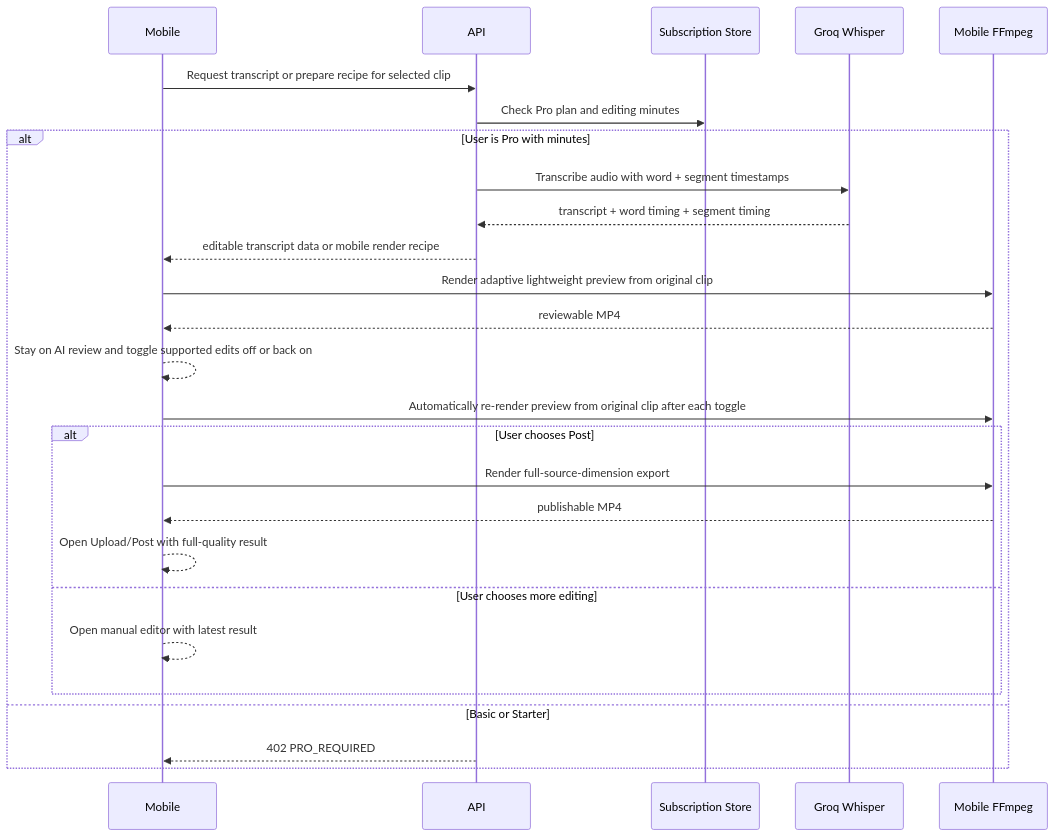
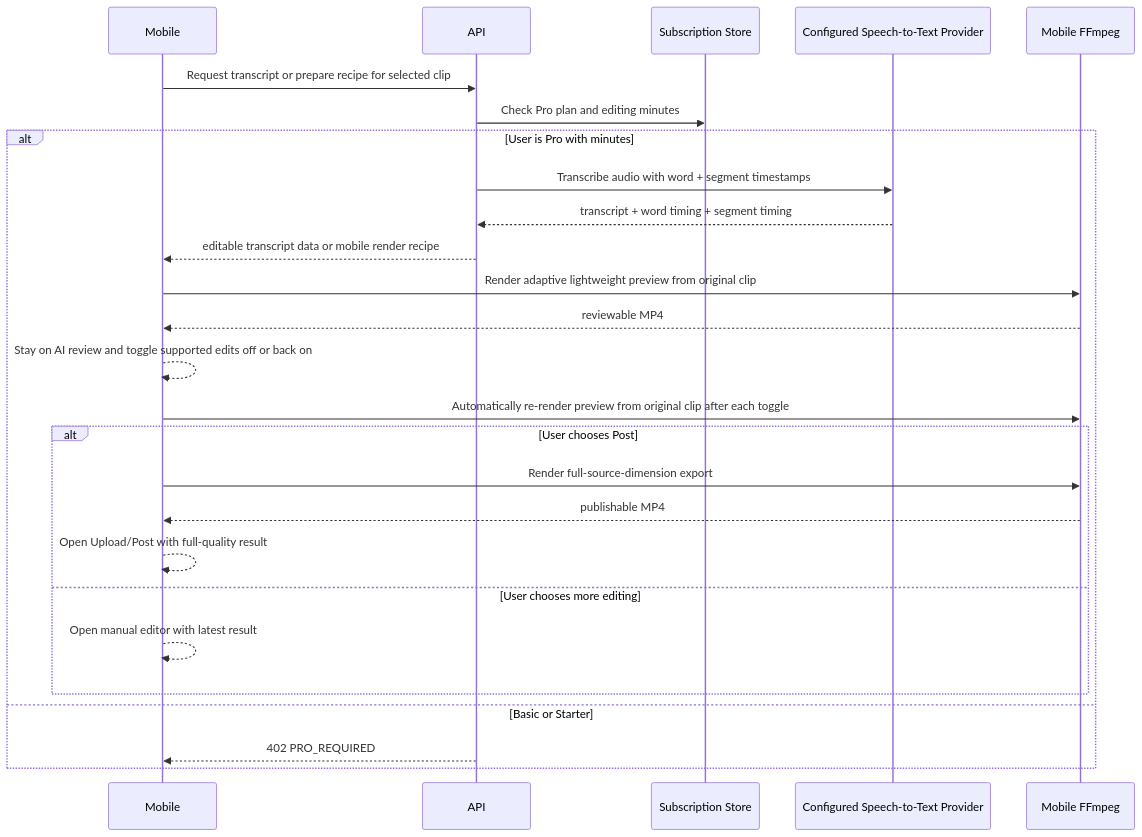
Before and after one commit to NOI56/PostDeeMobile: the seventh of 8 diagrams in ARCHITECTURE.md, drawn with Mermaid. The commit also changed other lines of this file and 7 other files, not shown here.

````diff
--- a/ARCHITECTURE.md
+++ b/ARCHITECTURE.md
@@ -523,29 +523,29 @@
 ```mermaid
 sequenceDiagram
   participant M as Mobile
   participant A as API
   participant Sub as Subscription Store
-  participant W as Groq Whisper
+  participant W as Configured Speech-to-Text Provider
   participant F as Mobile FFmpeg
 
   M->>A: Request transcript or prepare recipe for selected clip
   A->>Sub: Check Pro plan and editing minutes
   alt User is Pro with minutes
     A->>W: Transcribe audio with word + segment timestamps
     W-->>A: transcript + word timing + segment timing
     A-->>M: editable transcript data or mobile render recipe
     M->>F: Render adaptive lightweight preview from original clip
     F-->>M: reviewable MP4
     M-->>M: Stay on AI review and toggle supported edits off or back on
     M->>F: Automatically re-render preview from original clip after each toggle
     alt User chooses Post
       M->>F: Render full-source-dimension export
       F-->>M: publishable MP4
       M-->>M: Open Upload/Post with full-quality result
     else User chooses more editing
       M-->>M: Open manual editor with latest result
     end
   else Basic or Starter
     A-->>M: 402 PRO_REQUIRED
   end
 ```
````
